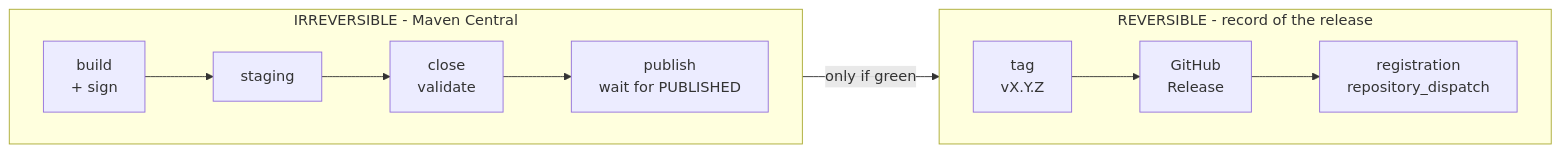
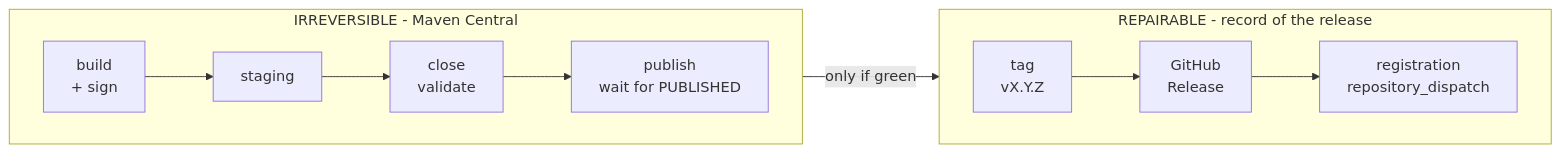
The first of 4 diagrams in docs/Octopus Release Pipeline.md (octopusden/octopus-base), drawn with Mermaid before and after one commit. The commit also changed other lines of this file and 2 other files, not shown here.

````diff
--- a/docs/Octopus Release Pipeline.md
+++ b/docs/Octopus Release Pipeline.md
@@ -33,12 +34,12 @@
 ```mermaid
 flowchart LR
     subgraph publish ["IRREVERSIBLE - Maven Central"]
         direction LR
         B["build<br/>+ sign"] --> S["staging"] --> C["close<br/>validate"] --> P["publish<br/>wait for PUBLISHED"]
     end
-    subgraph record ["REVERSIBLE - record of the release"]
+    subgraph record ["REPAIRABLE - record of the release"]
         direction LR
         T["tag<br/>vX.Y.Z"] --> R["GitHub<br/>Release"] --> L["registration<br/>repository_dispatch"]
     end
     P -->|"only if green"| T
 ```
````
